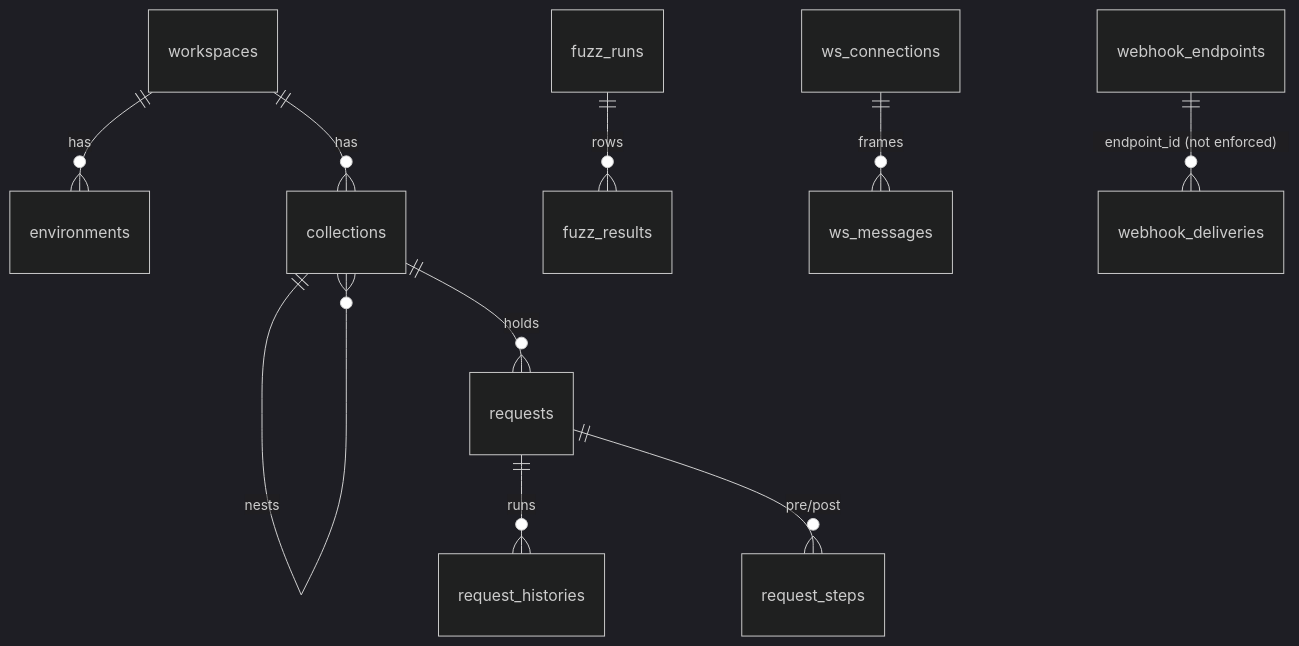
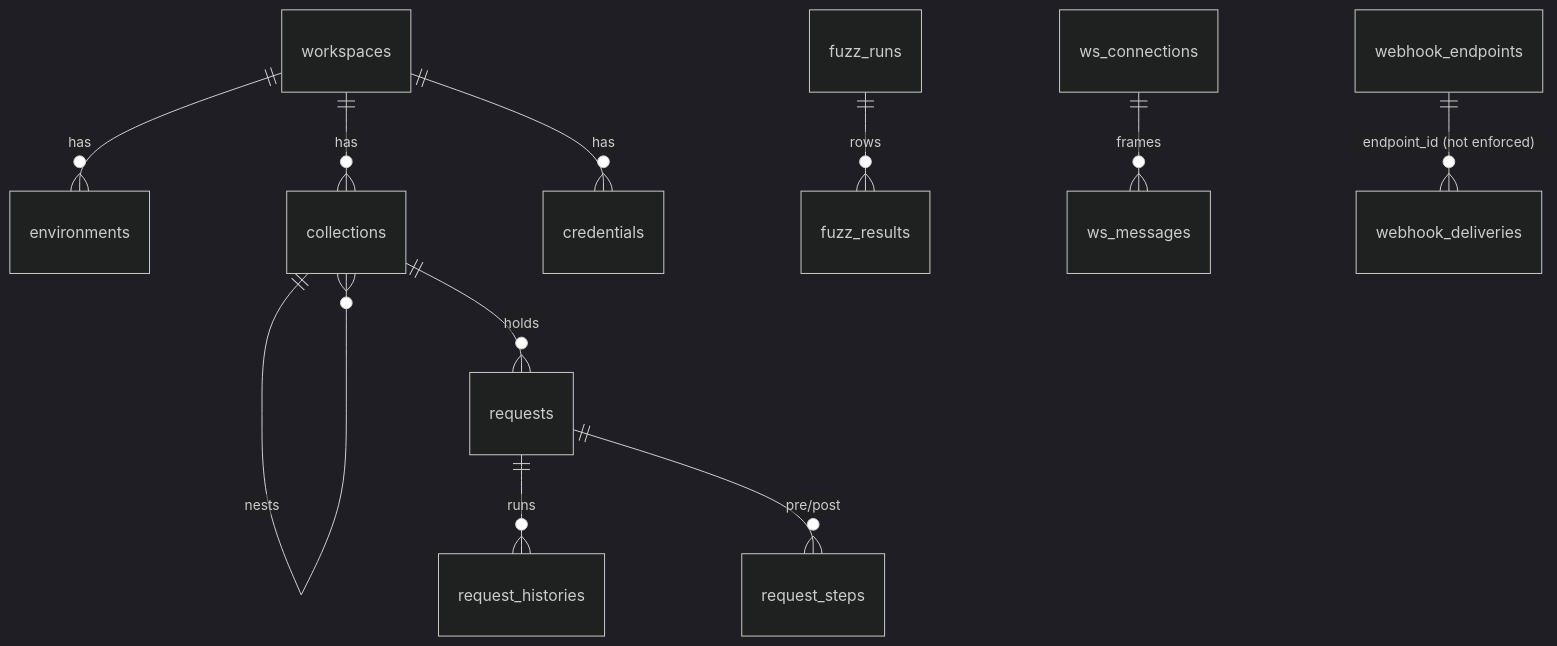
Before and after one commit to 7fuzz/mitm-rust: the diagram in DATABASE_SCHEMA.md, drawn with Mermaid (dark theme). The commit also changed other lines of this file and 2 other files, not shown here.

Commit message:
feat(core): credentials schema migration

````diff
--- a/DATABASE_SCHEMA.md
+++ b/DATABASE_SCHEMA.md
@@ -25,12 +26,13 @@
 ```mermaid
 erDiagram
     workspaces ||--o{ environments : has
     workspaces ||--o{ collections : has
+    workspaces ||--o{ credentials : has
     collections ||--o{ collections : nests
     collections ||--o{ requests : holds
     requests ||--o{ request_histories : runs
     requests ||--o{ request_steps : "pre/post"
     fuzz_runs ||--o{ fuzz_results : rows
     ws_connections ||--o{ ws_messages : frames
     webhook_endpoints ||--o{ webhook_deliveries : "endpoint_id (not enforced)"
 ```
````
